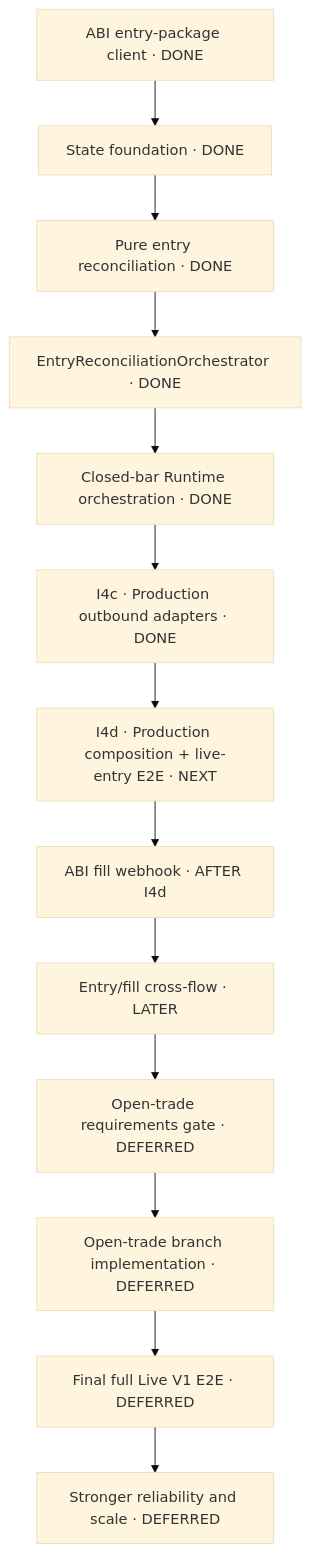
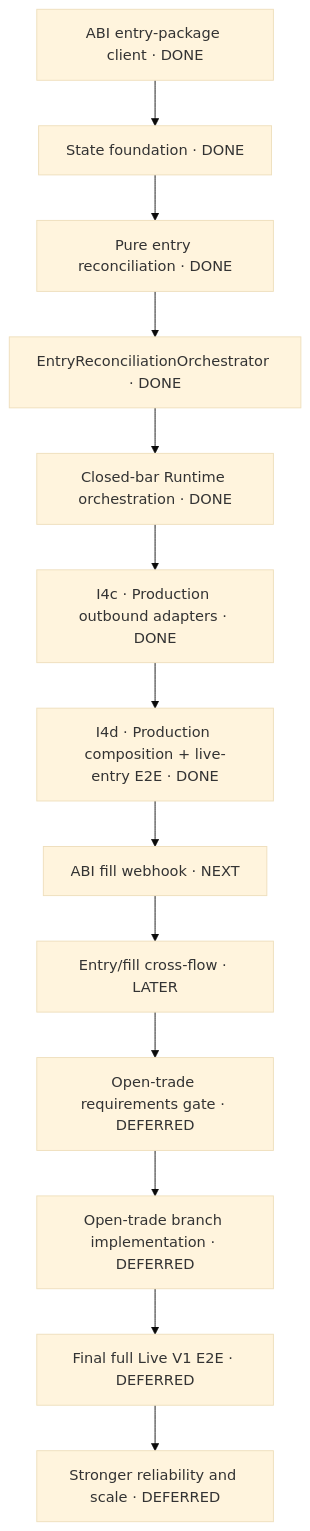
The diagram in docs/system-plans/runtime-abi-entry-delivery-map.md (roman-vyl/strategy_runtime), drawn with Mermaid (base theme) before and after one commit. The commit also changed other lines of this file and 14 other files, not shown here.

````diff
--- a/docs/system-plans/runtime-abi-entry-delivery-map.md
+++ b/docs/system-plans/runtime-abi-entry-delivery-map.md
@@ -25,20 +25,20 @@
 ```mermaid
 flowchart TD
     I1["ABI entry-package client · DONE"]
     I2["State foundation · DONE"]
     I3["Pure entry reconciliation · DONE"]
     I4A["EntryReconciliationOrchestrator · DONE"]
     I4B["Closed-bar Runtime orchestration · DONE"]
     I4C["I4c · Production outbound adapters · DONE"]
-    I4D["I4d · Production composition + live-entry E2E · NEXT"]
-    I5["ABI fill webhook · AFTER I4d"]
+    I4D["I4d · Production composition + live-entry E2E · DONE"]
+    I5["ABI fill webhook · NEXT"]
     I6["Entry/fill cross-flow · LATER"]
     OPEN_GATE["Open-trade requirements gate · DEFERRED"]
     OPEN_IMPL["Open-trade branch implementation · DEFERRED"]
     FINAL["Final full Live V1 E2E · DEFERRED"]
     FUTURE["Stronger reliability and scale · DEFERRED"]
 
     I1 --> I2 --> I3 --> I4A --> I4B
     I4B --> I4C --> I4D --> I5 --> I6
     I6 --> OPEN_GATE --> OPEN_IMPL --> FINAL --> FUTURE
 ```
````
